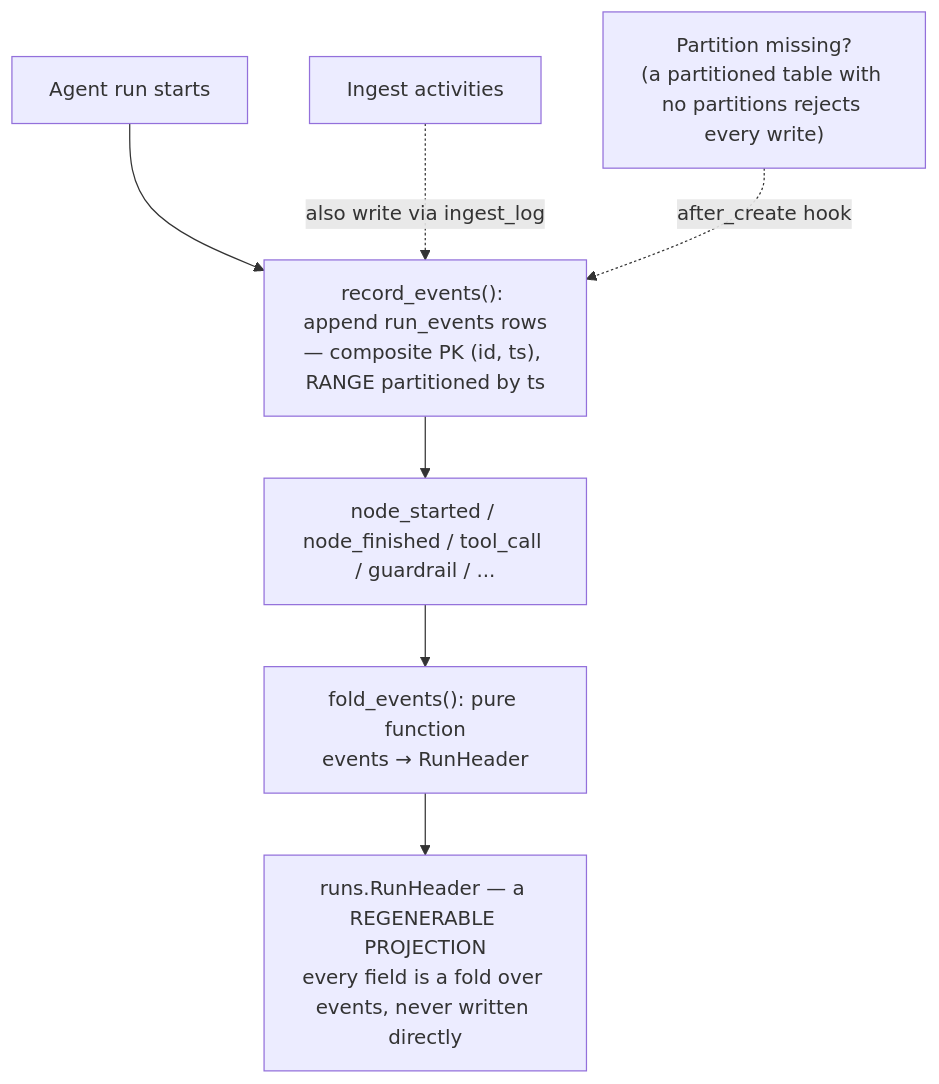
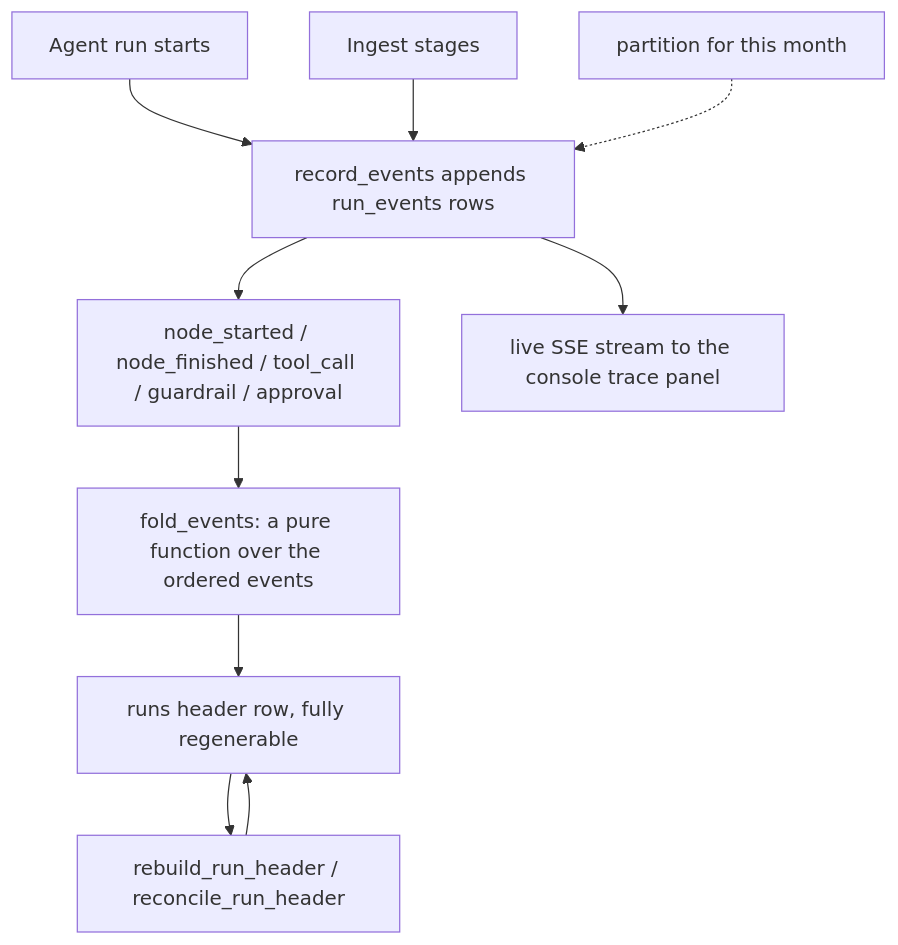
The diagram in docs/teaching/runs.md (yrevash/aegis), drawn with Mermaid before and after one commit. The commit also changed other lines of this file and 29 other files, not shown here.

````diff
--- a/docs/teaching/runs.md
+++ b/docs/teaching/runs.md
@@ -24,9 +25,12 @@
 ```mermaid
 flowchart TD
-    A[Agent run starts] --> B["record_events(): append run_events rows<br/>— composite PK (id, ts), RANGE partitioned by ts"]
-    B --> C[node_started / node_finished / tool_call / guardrail / ...]
-    C --> D["fold_events(): pure function<br/>events → RunHeader"]
-    D --> E["runs.RunHeader — a REGENERABLE PROJECTION<br/>every field is a fold over events, never written directly"]
-    F[Ingest activities] -.->|also write via ingest_log| B
-    G["Partition missing?<br/>(a partitioned table with no partitions rejects every write)"] -.->|after_create hook| B
+    A[Agent run starts] --> B[record_events appends run_events rows]
+    C[Ingest stages] --> B
+    B --> D[node_started / node_finished / tool_call / guardrail / approval]
+    D --> E["fold_events: a pure function over the ordered events"]
+    E --> F[runs header row, fully regenerable]
+    B --> G[live SSE stream to the console trace panel]
+    H[partition for this month] -.-> B
+    F --> I[rebuild_run_header / reconcile_run_header]
+    I --> F
 ```
````
